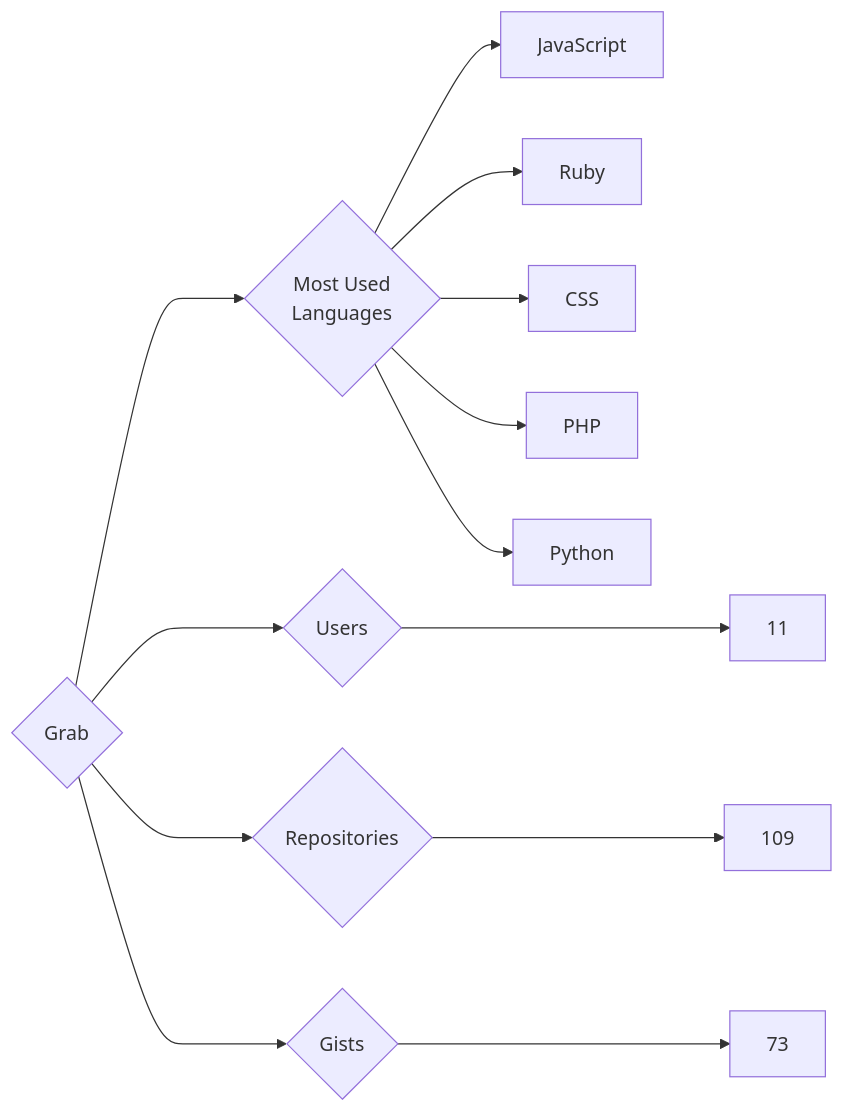
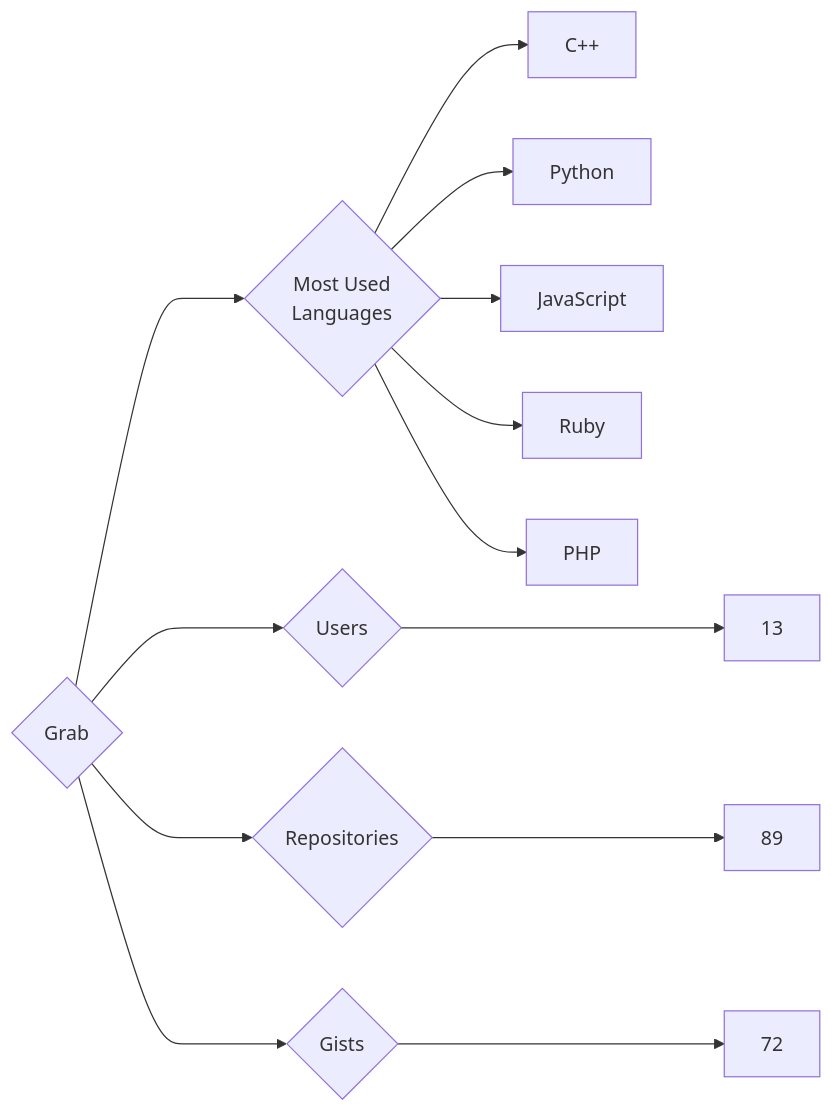
The diagram in targets/Grab/README.md (trickest/insiders), drawn with Mermaid before and after one commit. The commit also changed 838 other files, not shown here.

````diff
--- a/targets/Grab/README.md
+++ b/targets/Grab/README.md
@@ -3,13 +3,13 @@
 ```mermaid
 graph LR
 COMPANY_NAME{Grab}
-COMPANY_NAME ---> U{Users} ---> UN[11]
-COMPANY_NAME ---> R{Repositories} ---> RN[109]
-COMPANY_NAME ---> G{Gists} ---> GN[73]
+COMPANY_NAME ---> U{Users} ---> UN[13]
+COMPANY_NAME ---> R{Repositories} ---> RN[89]
+COMPANY_NAME ---> G{Gists} ---> GN[72]
 COMPANY_NAME ---> ML{Most Used<br>Languages}
+ML --> C++[C++]
+ML --> Python[Python]
 ML --> JavaScript[JavaScript]
 ML --> Ruby[Ruby]
-ML --> CSS[CSS]
 ML --> PHP[PHP]
-ML --> Python[Python]
 ```
````
